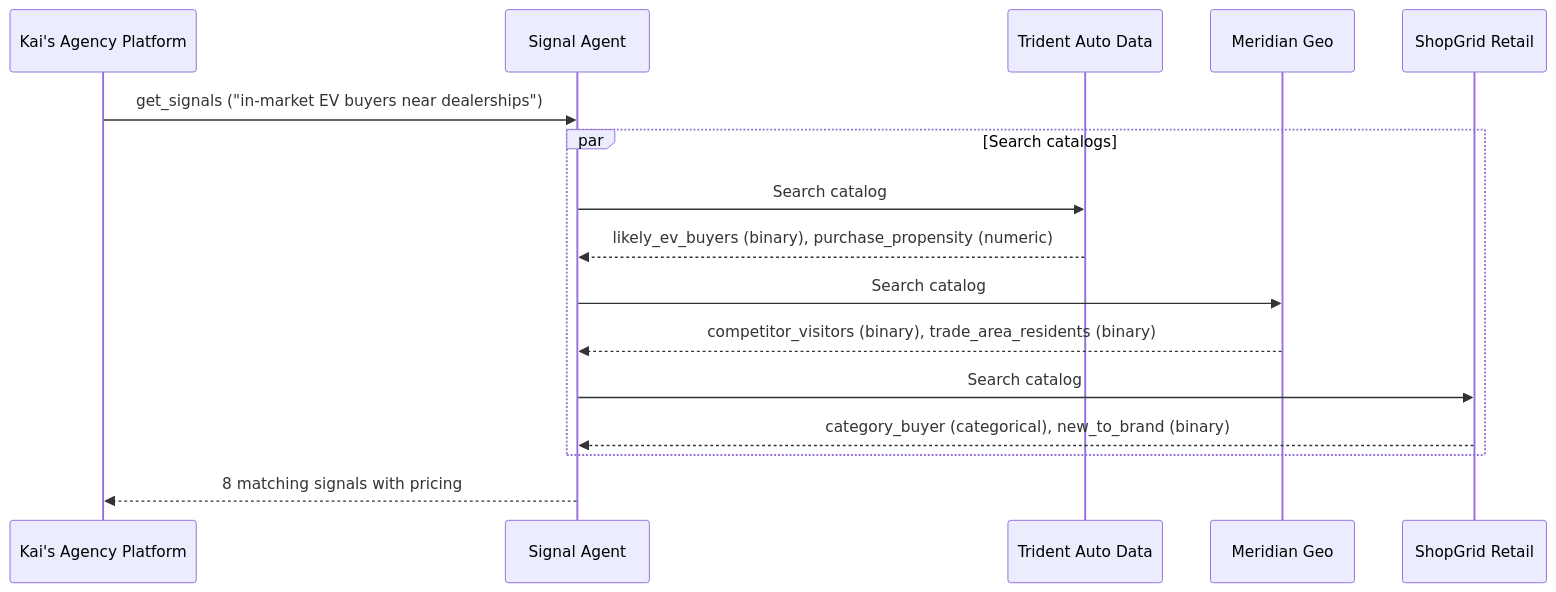
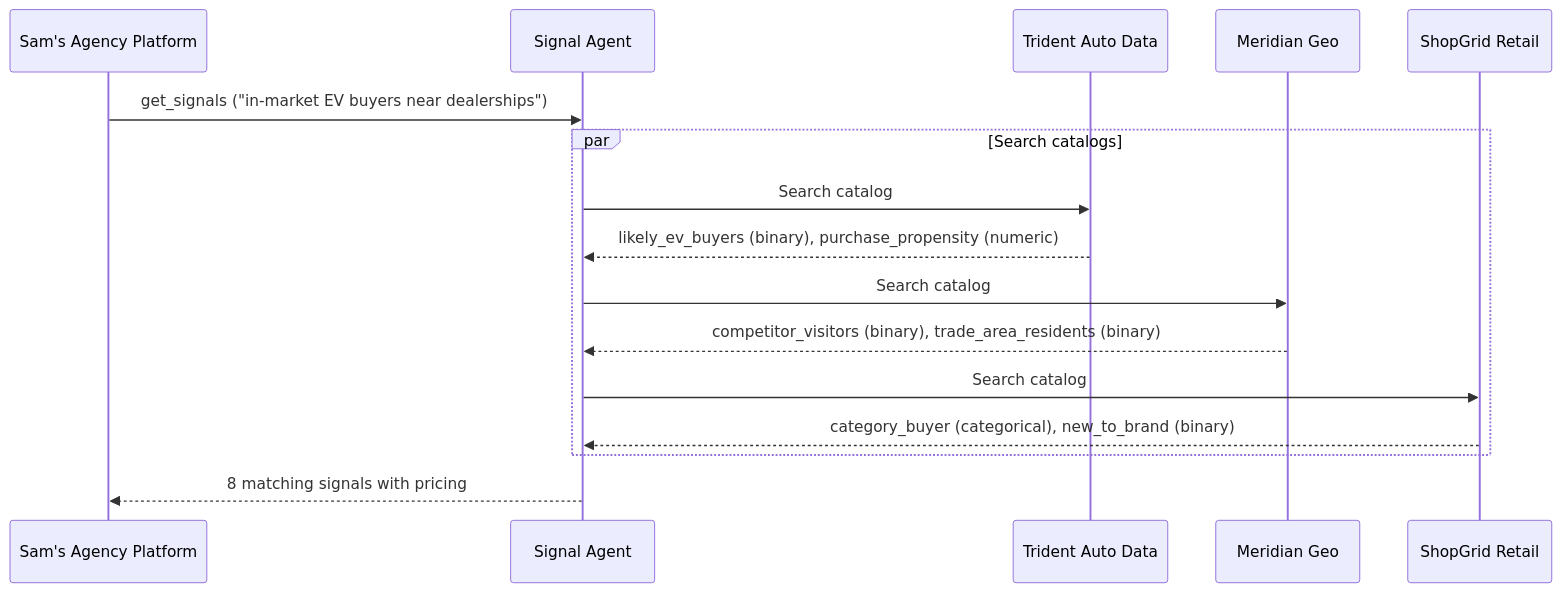
One commit to adcontextprotocol/adcp changed the first of 2 diagrams in docs/signals/overview.mdx. Above: the diagram before and after it, drawn with Mermaid. The commit also changed other lines of this file and 2 other files, not shown here.

First line of the commit message:
fix: schema-compliant JSON in intro, Sam-anchored signals narrative

````diff
--- a/docs/signals/overview.mdx
+++ b/docs/signals/overview.mdx
@@ -53,21 +53,21 @@
 ```mermaid
 sequenceDiagram
-    participant Platform as Kai's Agency Platform
+    participant Platform as Sam's Agency Platform
     participant Agent as Signal Agent
     participant Auto as Trident Auto Data
     participant Geo as Meridian Geo
     participant Retail as ShopGrid Retail
 
     Platform->>Agent: get_signals ("in-market EV buyers near dealerships")
 
     par Search catalogs
         Agent->>Auto: Search catalog
         Auto-->>Agent: likely_ev_buyers (binary), purchase_propensity (numeric)
         Agent->>Geo: Search catalog
         Geo-->>Agent: competitor_visitors (binary), trade_area_residents (binary)
         Agent->>Retail: Search catalog
         Retail-->>Agent: category_buyer (categorical), new_to_brand (binary)
     end
 
     Agent-->>Platform: 8 matching signals with pricing
 ```
````
